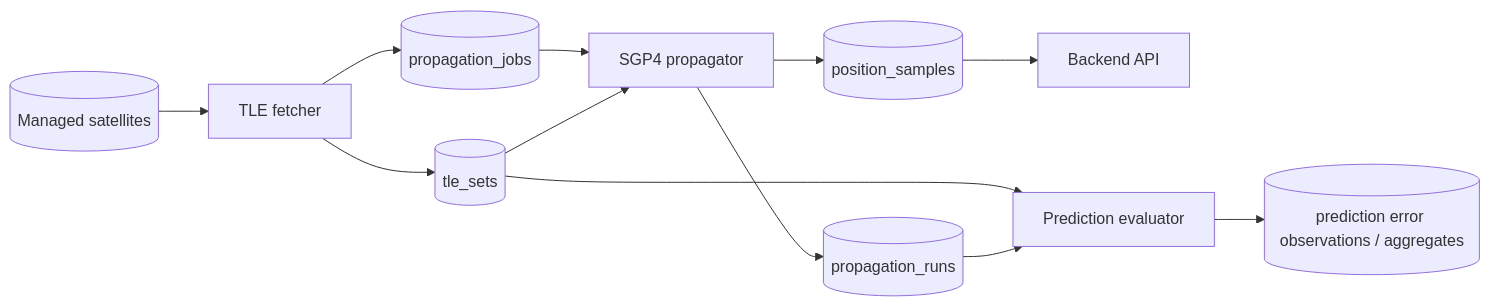
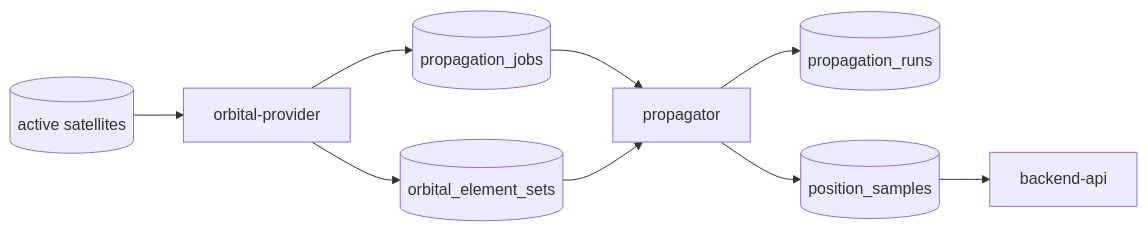
The seventh of 7 diagrams in docs/architecture.md (ExoSpaceLabs/world-sat-monitor), drawn with Mermaid before and after one commit. The commit also changed other lines of this file and 18 other files, not shown here.

````diff
--- a/docs/architecture.md
+++ b/docs/architecture.md
@@ -137,14 +107,11 @@
 ```mermaid
 flowchart LR
-    CAT[(Managed satellites)] --> FETCH[TLE fetcher]
-    FETCH --> TLE[(tle_sets)]
+    CAT[(active satellites)] --> FETCH[orbital-provider]
+    FETCH --> ELEM[(orbital_element_sets)]
     FETCH --> JOB[(propagation_jobs)]
-    JOB --> PROP[SGP4 propagator]
-    TLE --> PROP
+    JOB --> PROP[propagator]
+    ELEM --> PROP
     PROP --> RUN[(propagation_runs)]
     PROP --> SAMPLE[(position_samples)]
-    SAMPLE --> API[Backend API]
-    TLE --> EVAL[Prediction evaluator]
-    RUN --> EVAL
-    EVAL --> ERR[(prediction error observations / aggregates)]
+    SAMPLE --> API[backend-api]
 ```
````
